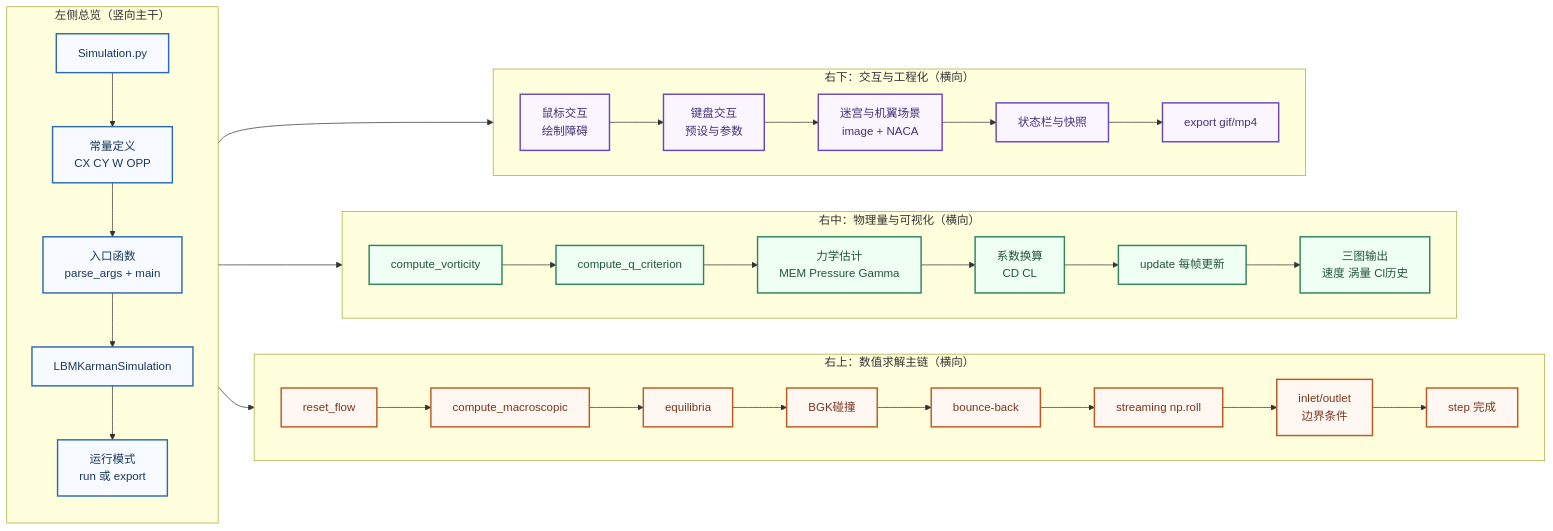
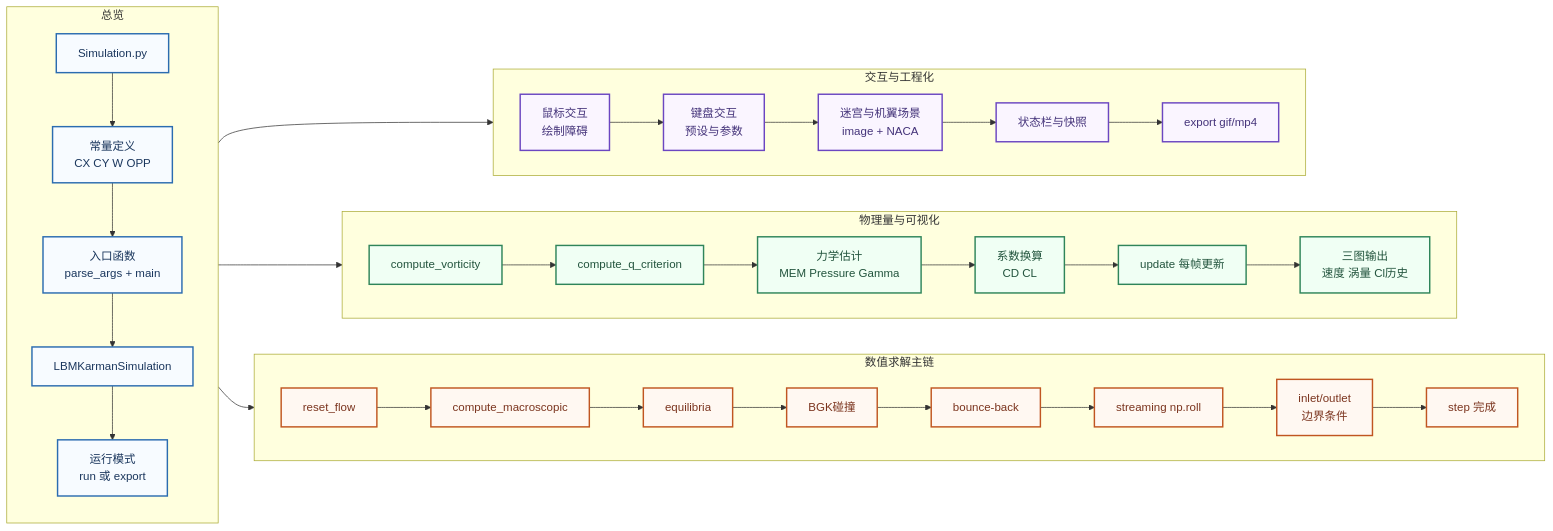
One commit to Mike-Zhuang/Foundations_of_Autonomous_Intelligence_Homework changed the diagram in 3. 阶段1实践：自然界、生活、工程领域中的动态演变算法及实现/PPT_Mindmaps_v2/Simulation_4Panel_Mindmap.md. Above: the diagram before and after it, drawn with Mermaid.

Commit message:
更新四联思维导图中的子图标题，简化描述以提高可读性

````diff
--- a/3. 阶段1实践：自然界、生活、工程领域中的动态演变算法及实现/PPT_Mindmaps_v2/Simulation_4Panel_Mindmap.md
+++ b/3. 阶段1实践：自然界、生活、工程领域中的动态演变算法及实现/PPT_Mindmaps_v2/Simulation_4Panel_Mindmap.md
@@ -3,60 +3,60 @@
 ```mermaid
 flowchart LR
   classDef left fill:#f7fbff,stroke:#2b6cb0,stroke-width:2px,color:#1a365d;
   classDef solve fill:#fff8f2,stroke:#c05621,stroke-width:2px,color:#7b341e;
   classDef phys fill:#f0fff4,stroke:#2f855a,stroke-width:2px,color:#22543d;
   classDef io fill:#faf5ff,stroke:#6b46c1,stroke-width:2px,color:#44337a;
 
-  subgraph LEFT[左侧总览（竖向主干）]
+  subgraph LEFT[总览]
     direction TB
     L0[Simulation.py]
     L1[常量定义\nCX CY W OPP]
     L2[入口函数\nparse_args + main]
     L3[LBMKarmanSimulation]
     L4[运行模式\nrun 或 export]
     L0 --> L1 --> L2 --> L3 --> L4
   end
 
-  subgraph A[右上：数值求解主链（横向）]
+  subgraph A[数值求解主链]
     direction LR
     A0[reset_flow]
     A1[compute_macroscopic]
     A2[equilibria]
     A3[BGK碰撞]
     A4[bounce-back]
     A5[streaming np.roll]
     A6[inlet/outlet\n边界条件]
     A7[step 完成]
     A0 --> A1 --> A2 --> A3 --> A4 --> A5 --> A6 --> A7
   end
 
-  subgraph B[右中：物理量与可视化（横向）]
+  subgraph B[物理量与可视化]
     direction LR
     B0[compute_vorticity]
     B1[compute_q_criterion]
     B2[力学估计\nMEM Pressure Gamma]
     B3[系数换算\nCD CL]
     B4[update 每帧更新]
     B5[三图输出\n速度 涡量 Cl历史]
     B0 --> B1 --> B2 --> B3 --> B4 --> B5
   end
 
-  subgraph C[右下：交互与工程化（横向）]
+  subgraph C[交互与工程化]
     direction LR
     C0[鼠标交互\n绘制障碍]
     C1[键盘交互\n预设与参数]
     C2[迷宫与机翼场景\nimage + NACA]
     C3[状态栏与快照]
     C4[export gif/mp4]
     C0 --> C1 --> C2 --> C3 --> C4
   end
 
   L3 --> A0
   L3 --> B0
   L3 --> C0
 
   class L0,L1,L2,L3,L4 left
   class A0,A1,A2,A3,A4,A5,A6,A7 solve
   class B0,B1,B2,B3,B4,B5 phys
   class C0,C1,C2,C3,C4 io
 ```
````
